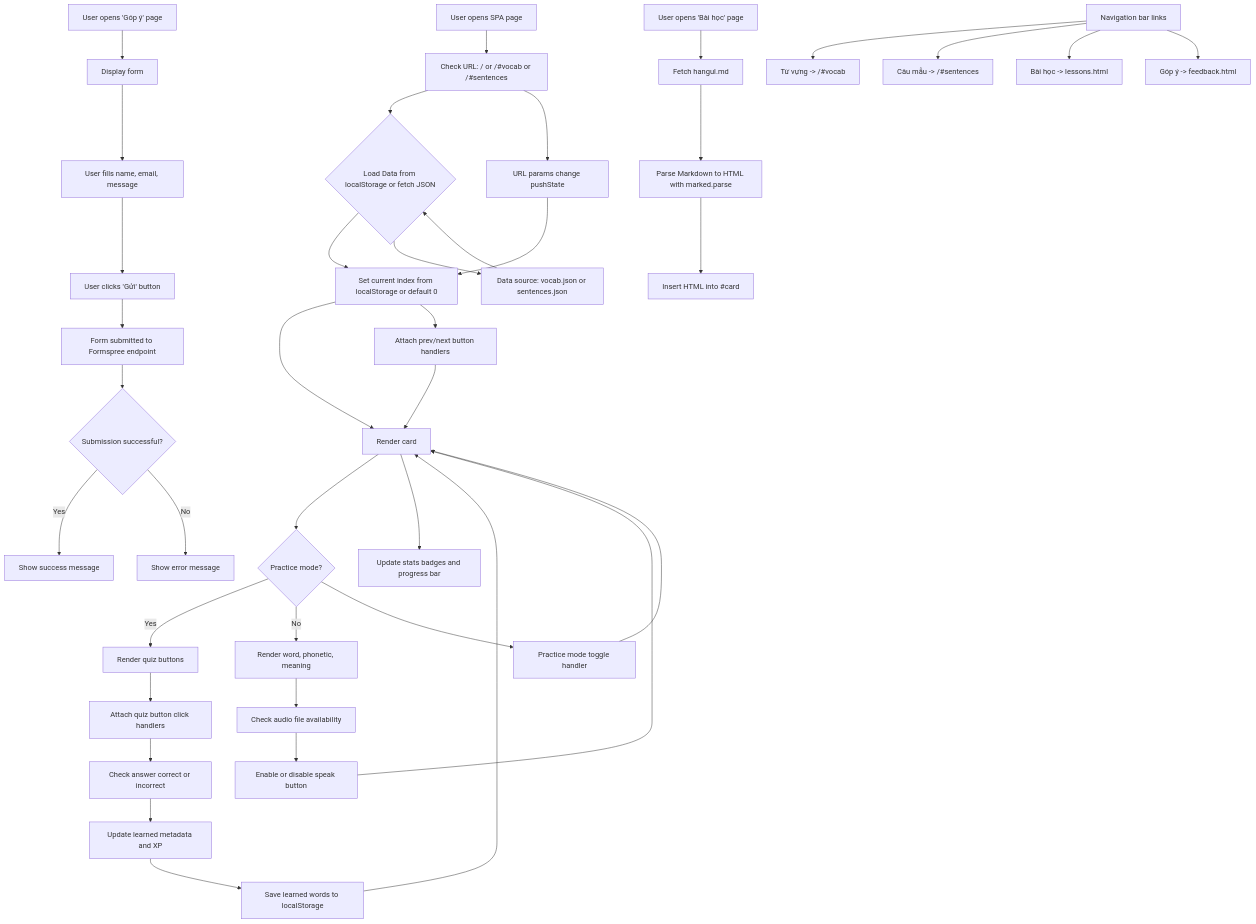
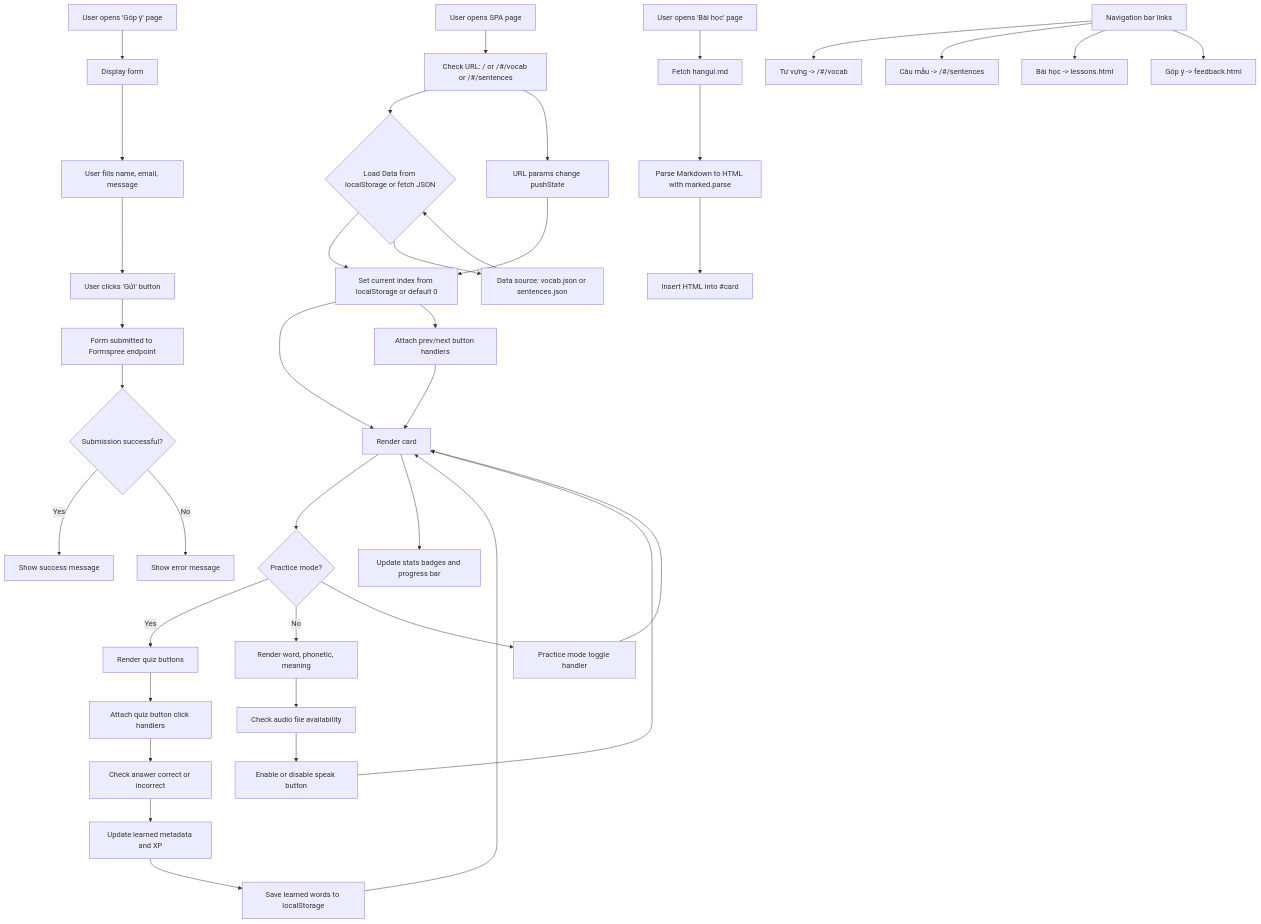
Before and after one commit to tuongna/kfr: the diagram in ARCHITECTURE.md, drawn with Mermaid. The commit also changed 10 other files, not shown here.

````diff
--- a/ARCHITECTURE.md
+++ b/ARCHITECTURE.md
@@ -3,56 +3,56 @@
 ```mermaid
 flowchart TD
     %% SPA
-    SPA1[User opens SPA page] --> SPA2[Check URL: / or /#vocab or /#sentences]
+    SPA1[User opens SPA page] --> SPA2[Check URL: / or /#/vocab or /#/sentences]
     SPA2 --> SPA3{Load Data from localStorage or fetch JSON}
     SPA3 --> SPA4[Set current index from localStorage or default 0]
     SPA4 --> SPA5[Render card]
 
     SPA5 --> SPA6{Practice mode?}
     SPA6 -- Yes --> SPA7[Render quiz buttons]
     SPA6 -- No --> SPA8[Render word, phonetic, meaning]
 
     SPA7 --> SPA9[Attach quiz button click handlers]
     SPA9 --> SPA10[Check answer correct or incorrect]
     SPA10 --> SPA11[Update learned metadata and XP]
     SPA11 --> SPA12[Save learned words to localStorage]
     SPA12 --> SPA5
 
     SPA8 --> SPA13[Check audio file availability]
     SPA13 --> SPA14[Enable or disable speak button]
     SPA14 --> SPA5
 
     SPA5 --> SPA15[Update stats badges and progress bar]
     SPA4 --> SPA16[Attach prev/next button handlers]
     SPA16 --> SPA5
     SPA6 --> SPA17[Practice mode toggle handler]
     SPA17 --> SPA5
 
     %% Data
     SPA3 --> SPA18[Data source: vocab.json or sentences.json]
     SPA18 --> SPA3
 
     %% Navigation inside SPA
     SPA2 --> SPA19[URL params change pushState]
     SPA19 --> SPA4
 
     %% Hangul Markdown rendering
     H1[User opens 'Bài học' page] --> H2[Fetch hangul.md]
     H2 --> H3[Parse Markdown to HTML with marked.parse]
     H3 --> H4[Insert HTML into #card]
 
     %% Feedback page flow
     F1[User opens 'Góp ý' page] --> F2[Display form]
     F2 --> F3[User fills name, email, message]
     F3 --> F4[User clicks 'Gửi' button]
     F4 --> F5[Form submitted to Formspree endpoint]
     F5 --> F6{Submission successful?}
     F6 -- Yes --> F7[Show success message]
     F6 -- No --> F8[Show error message]
 
     %% Navigation between SSR pages
-    NAV1[Navigation bar links] --> NAV2[Từ vựng -> /#vocab]
-    NAV1 --> NAV3[Câu mẫu -> /#sentences]
+    NAV1[Navigation bar links] --> NAV2[Từ vựng -> /#/vocab]
+    NAV1 --> NAV3[Câu mẫu -> /#/sentences]
     NAV1 --> NAV4[Bài học -> lessons.html]
     NAV1 --> NAV5[Góp ý -> feedback.html]
 ```
````
